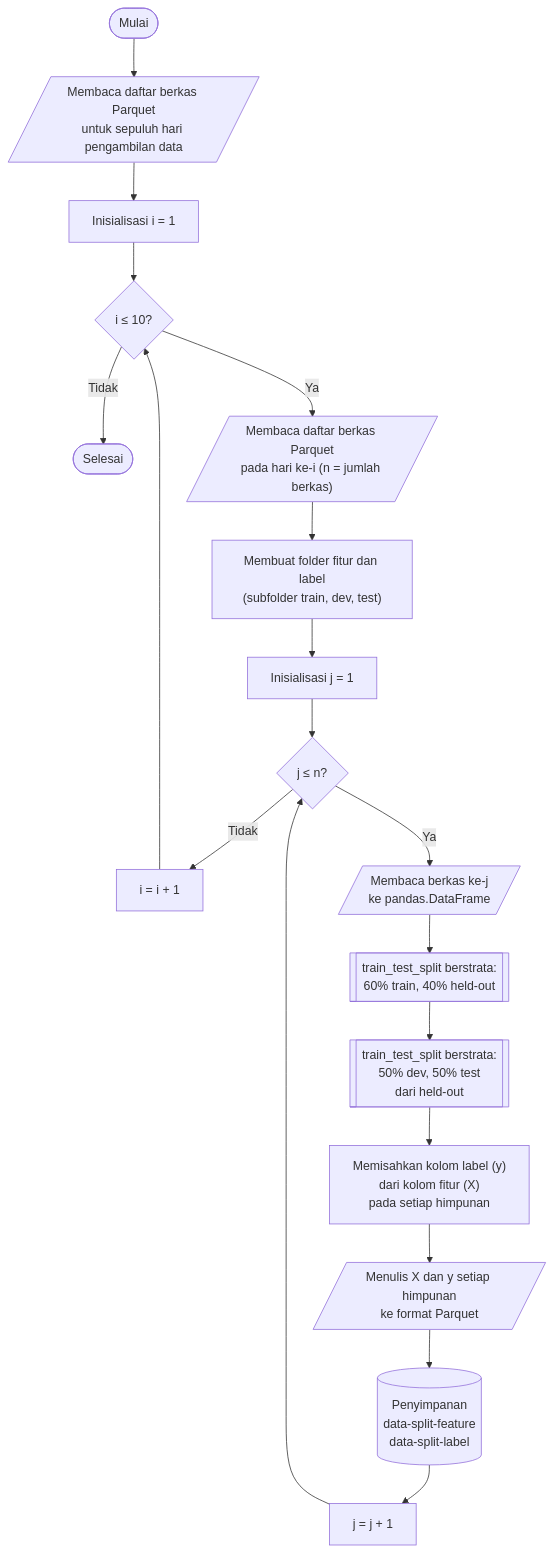
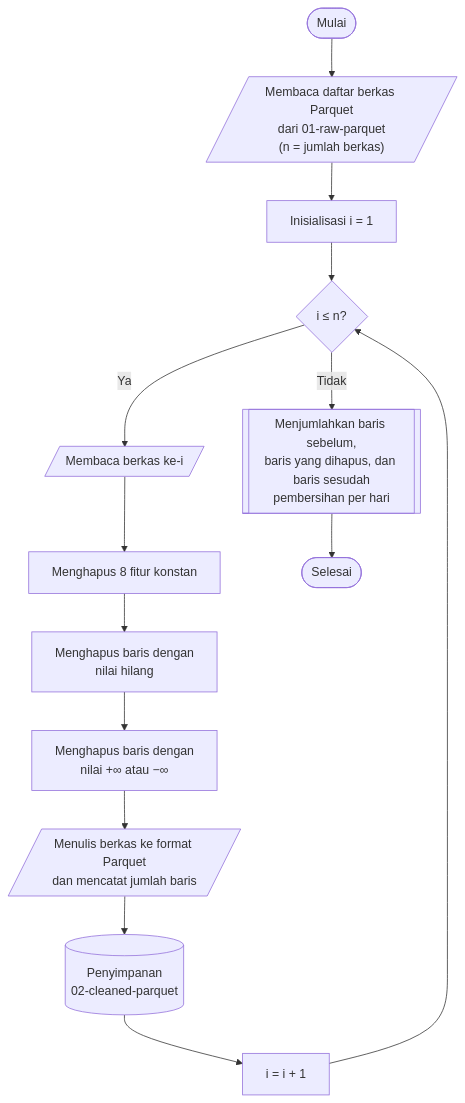
The diagram in thesis/diagram/bab_04/diagram_04_03_01.mmd (JoxNeis/mlids-robustness), drawn with Mermaid before and after one commit. The commit also changed 80 other files, not shown here.

```diff
--- a/thesis/diagram/bab_04/diagram_04_03_01.mmd
+++ b/thesis/diagram/bab_04/diagram_04_03_01.mmd
@@ -1,24 +1,17 @@
 flowchart TD
     mulai(["Mulai"])
-    mulai --> input_hari[/"Membaca daftar berkas Parquet<br>untuk sepuluh hari pengambilan data"/]
-    input_hari --> init_i["Inisialisasi i = 1"]
-    init_i --> cek_i{"i ≤ 10?"}
+    mulai --> daftar[/"Membaca daftar berkas Parquet<br>dari 01-raw-parquet<br>(n = jumlah berkas)"/]
+    daftar --> init_i["Inisialisasi i = 1"]
+    init_i --> cek_i{"i ≤ n?"}
 
-    cek_i -->|"Tidak"| selesai(["Selesai"])
-    cek_i -->|"Ya"| daftar_berkas[/"Membaca daftar berkas Parquet<br>pada hari ke-i (n = jumlah berkas)"/]
-
-    daftar_berkas --> buat_folder["Membuat folder fitur dan label<br>(subfolder train, dev, test)"]
-    buat_folder --> init_j["Inisialisasi j = 1"]
-    init_j --> cek_j{"j ≤ n?"}
-
-    cek_j -->|"Tidak"| inc_i["i = i + 1"]
+    cek_i -->|"Ya"| baca[/"Membaca berkas ke-i"/]
+    baca --> konstan["Menghapus 8 fitur konstan"]
+    konstan --> hilang["Menghapus baris dengan<br>nilai hilang"]
+    hilang --> tak_hingga["Menghapus baris dengan<br>nilai +∞ atau −∞"]
+    tak_hingga --> tulis[/"Menulis berkas ke format Parquet<br>dan mencatat jumlah baris"/]
+    tulis --> simpan[("Penyimpanan<br>02-cleaned-parquet")]
+    simpan --> inc_i["i = i + 1"]
     inc_i --> cek_i
 
-    cek_j -->|"Ya"| baca_df[/"Membaca berkas ke-j<br>ke pandas.DataFrame"/]
-    baca_df --> split1[["train_test_split berstrata:<br>60% train, 40% held-out"]]
-    split1 --> split2[["train_test_split berstrata:<br>50% dev, 50% test<br>dari held-out"]]
-    split2 --> pisah["Memisahkan kolom label (y)<br>dari kolom fitur (X)<br>pada setiap himpunan"]
-    pisah --> tulis[/"Menulis X dan y setiap himpunan<br>ke format Parquet"/]
-    tulis --> simpan[("Penyimpanan<br>data-split-feature<br>data-split-label")]
-    simpan --> inc_j["j = j + 1"]
-    inc_j --> cek_j
+    cek_i -->|"Tidak"| laporan[["Menjumlahkan baris sebelum,<br>baris yang dihapus, dan baris sesudah<br>pembersihan per hari"]]
+    laporan --> selesai(["Selesai"])
```
